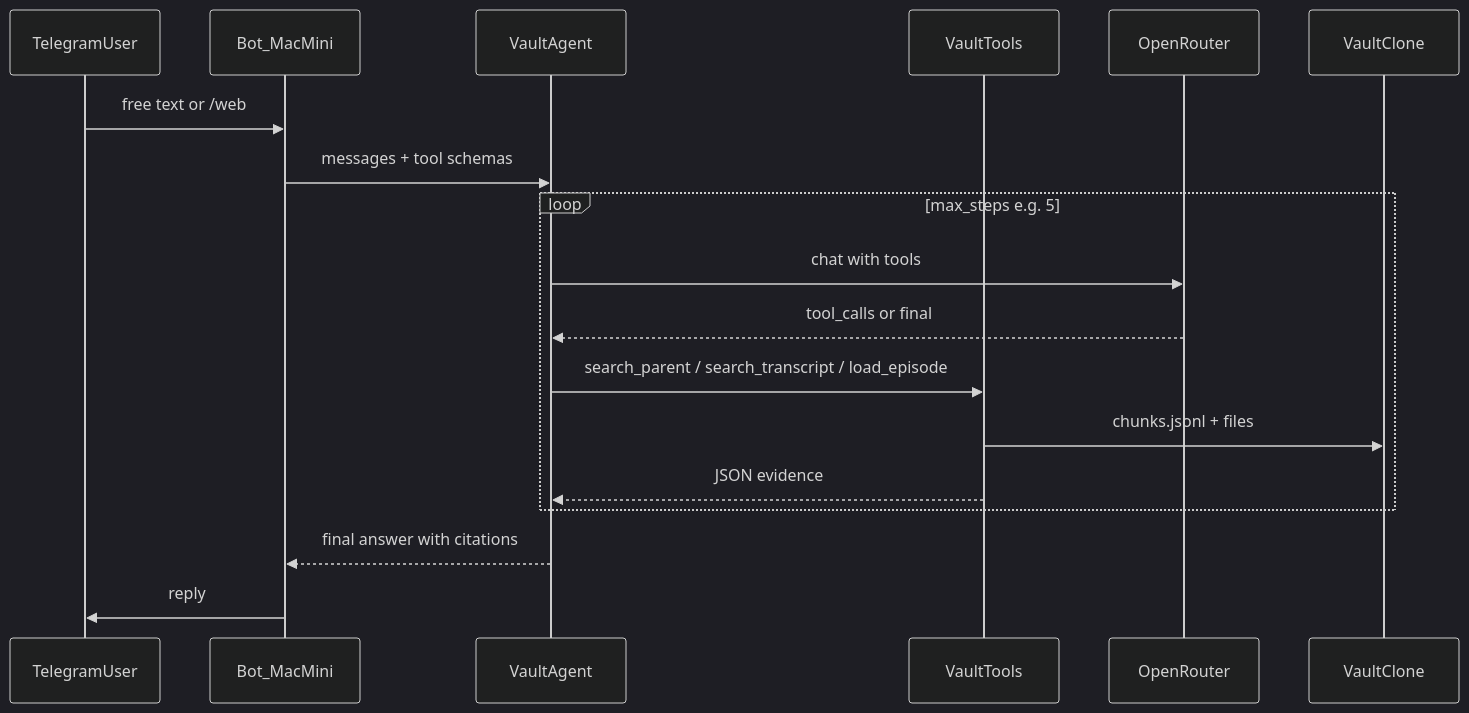
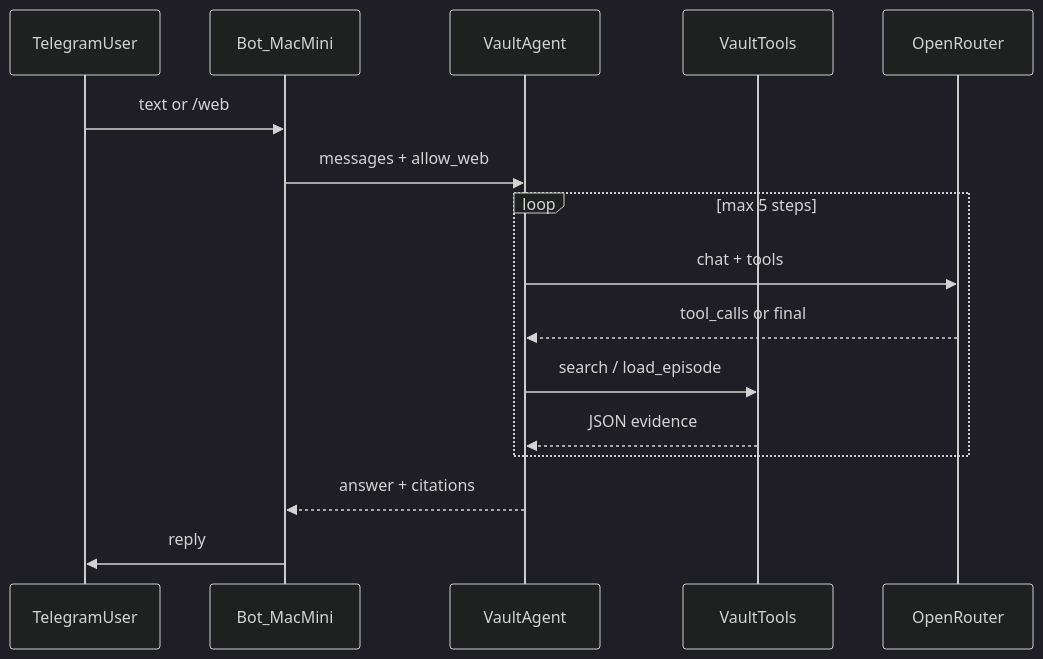
One commit to ethan-frost-xyz/founders-notes changed the second of 2 diagrams in .cursor/plans/telegram_rag_bot_v0.plan.md. Above: the diagram before and after it, drawn with Mermaid (dark theme). The commit also changed other lines of this file and 11 other files, not shown here.

````diff
--- a/.cursor/plans/telegram_rag_bot_v0.plan.md
+++ b/.cursor/plans/telegram_rag_bot_v0.plan.md
@@ -114,21 +94,19 @@
 ```mermaid
 sequenceDiagram
   participant User as TelegramUser
   participant Bot as Bot_MacMini
   participant Agent as VaultAgent
   participant Tools as VaultTools
   participant OR as OpenRouter
-  participant Vault as VaultClone
 
-  User->>Bot: free text or /web
-  Bot->>Agent: messages + tool schemas
-  loop max_steps e.g. 5
-    Agent->>OR: chat with tools
+  User->>Bot: text or /web
+  Bot->>Agent: messages + allow_web
+  loop max 5 steps
+    Agent->>OR: chat + tools
     OR-->>Agent: tool_calls or final
-    Agent->>Tools: search_parent / search_transcript / load_episode
-    Tools->>Vault: chunks.jsonl + files
+    Agent->>Tools: search / load_episode
     Tools-->>Agent: JSON evidence
   end
-  Agent-->>Bot: final answer with citations
+  Agent-->>Bot: answer + citations
   Bot->>User: reply
 ```
````
